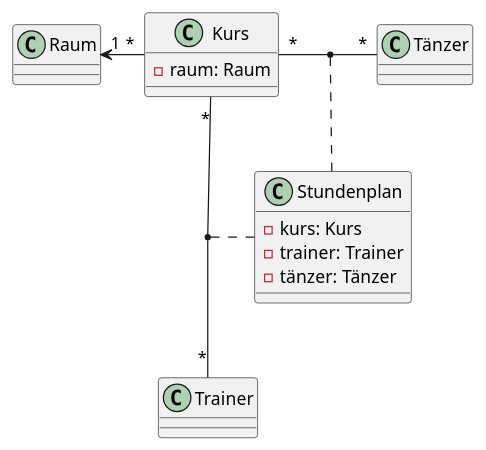
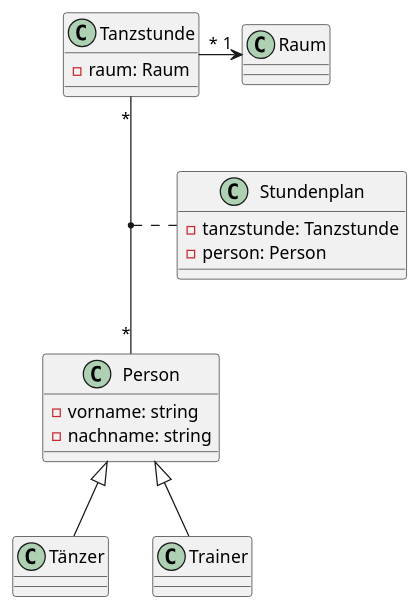
One commit to 2122-4ahif-nvs/01-microproject-HautzmayerSheila changed the diagram in asciidocs/plantuml/Tanzverein.puml. Above: the diagram before and after it, drawn with PlantUML.

Commit message:
tanzverein.puml changed

```diff
--- a/asciidocs/plantuml/Tanzverein.puml
+++ b/asciidocs/plantuml/Tanzverein.puml
@@ -1,38 +1,42 @@
 @startuml
 'https://plantuml.com/class-diagram
 
 
 class Raum{
 
 }
 
 class Tänzer{
 
 }
 
-class Kurs{
+class Tanzstunde{
     -raum: Raum
 }
 
 class Stundenplan{
-    -kurs: Kurs
-    -trainer: Trainer
-    -tänzer: Tänzer
+    -tanzstunde: Tanzstunde
+    -person: Person
 }
 
 class Trainer{
 
 }
+class Person{
+    -vorname: string
+    -nachname: string
+}
 
 
 
 
-Kurs "*" -l-> "1" Raum
-Kurs "*" -- "*" Trainer
-Kurs "*" -l- "*" Tänzer
+Tanzstunde "*" -r-> "1" Raum
+Tanzstunde "*" -- "*" Person
 
-(Kurs, Trainer) .. Stundenplan
-(Kurs, Tänzer) .. Stundenplan
+(Tanzstunde, Person) .. Stundenplan
 
 
+Person <|-- Tänzer
+Person <|-- Trainer
+
 @enduml
```
